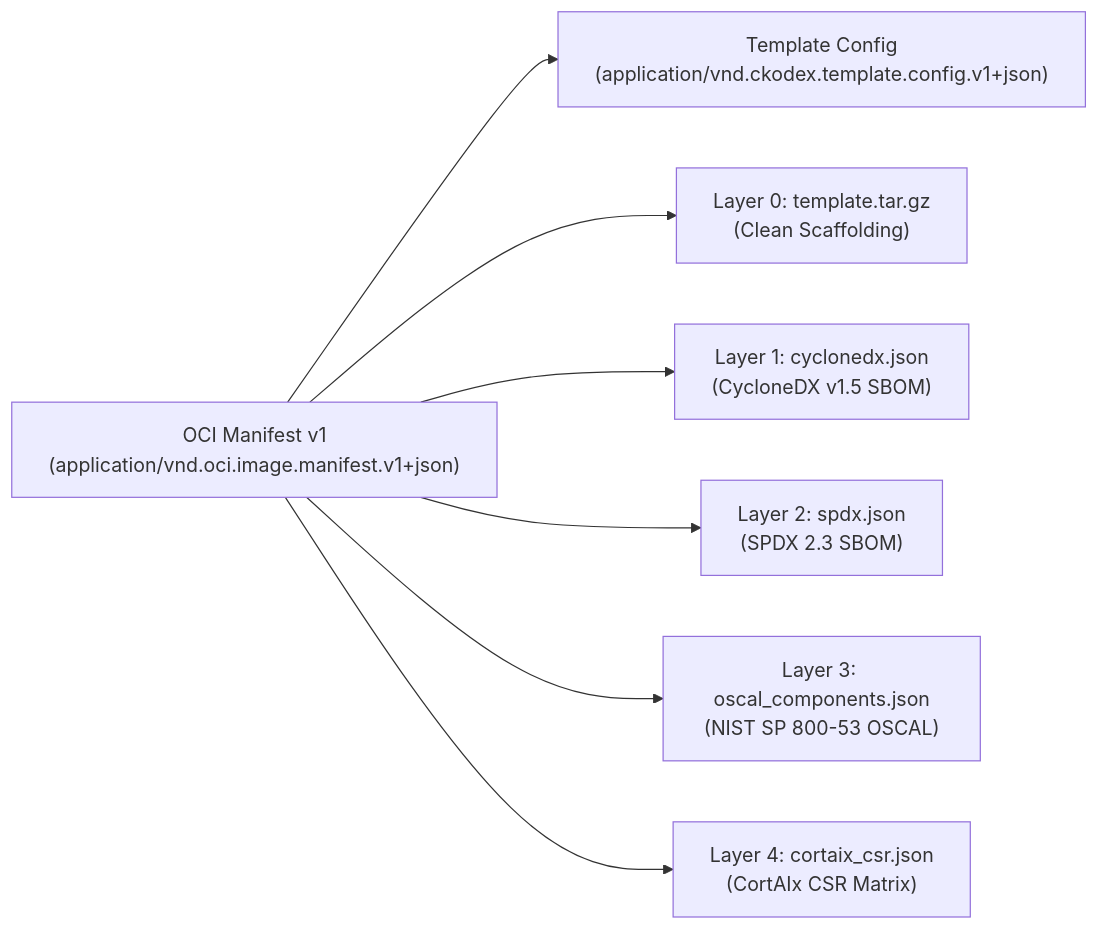
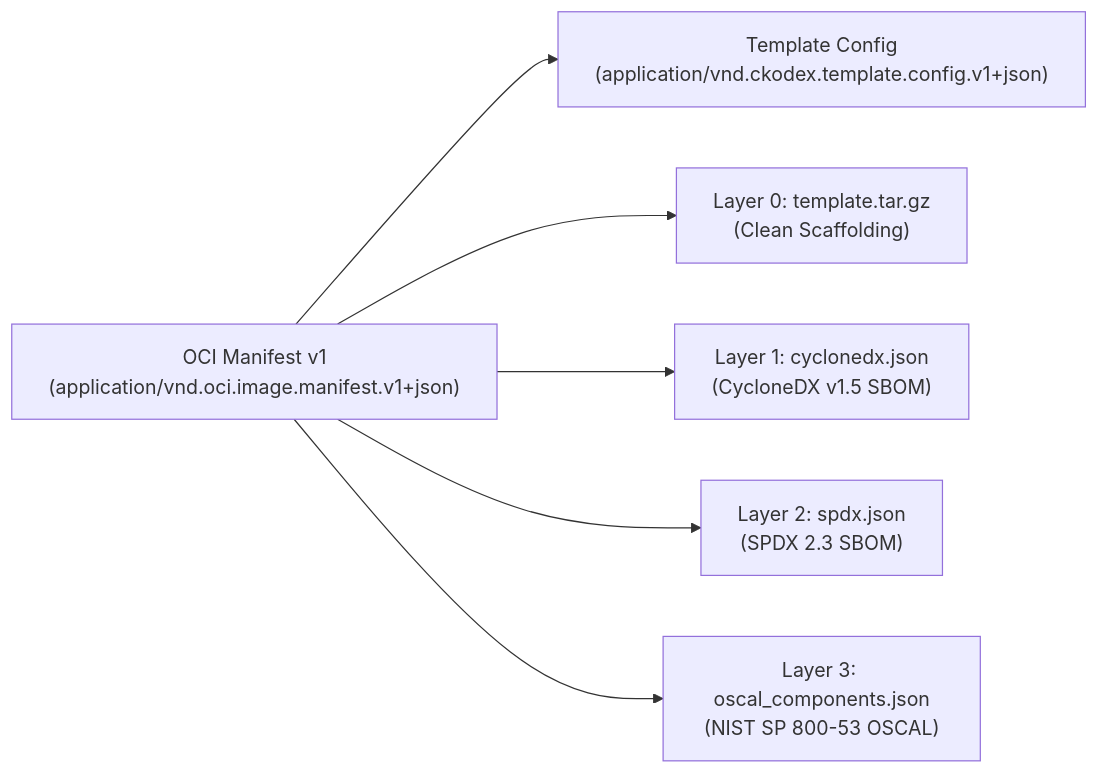
Before and after one commit to ckodex-labs/ckodex-ai-project-template: the diagram in docs/content/devsecops/_index.md, drawn with Mermaid. The commit also changed other lines of this file and 21 other files, not shown here.

First line of the commit message:
fix(compliance): excise CortAIx CSR and align strictly to open standards

````diff
--- a/docs/content/devsecops/_index.md
+++ b/docs/content/devsecops/_index.md
@@ -150,17 +137,15 @@
 ```mermaid
 flowchart LR
     Manifest["OCI Manifest v1<br/>(application/vnd.oci.image.manifest.v1+json)"]
     Config["Template Config<br/>(application/vnd.ckodex.template.config.v1+json)"]
     L0["Layer 0: template.tar.gz<br/>(Clean Scaffolding)"]
     L1["Layer 1: cyclonedx.json<br/>(CycloneDX v1.5 SBOM)"]
     L2["Layer 2: spdx.json<br/>(SPDX 2.3 SBOM)"]
     L3["Layer 3: oscal_components.json<br/>(NIST SP 800-53 OSCAL)"]
-    L4["Layer 4: cortaix_csr.json<br/>(CortAIx CSR Matrix)"]
 
     Manifest --> Config
     Manifest --> L0
     Manifest --> L1
     Manifest --> L2
     Manifest --> L3
-    Manifest --> L4
 ```
````
